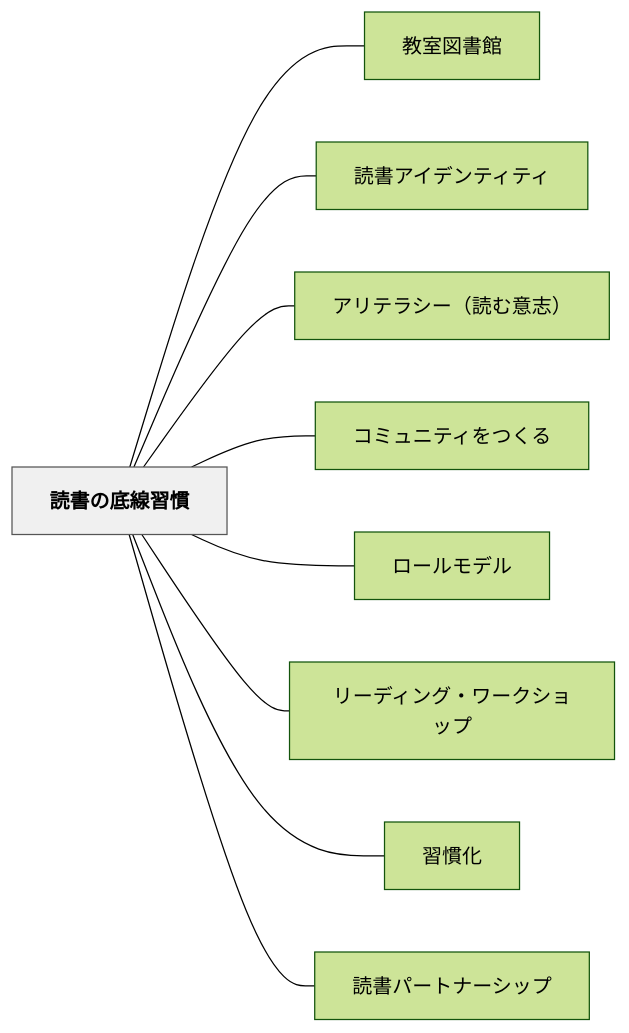
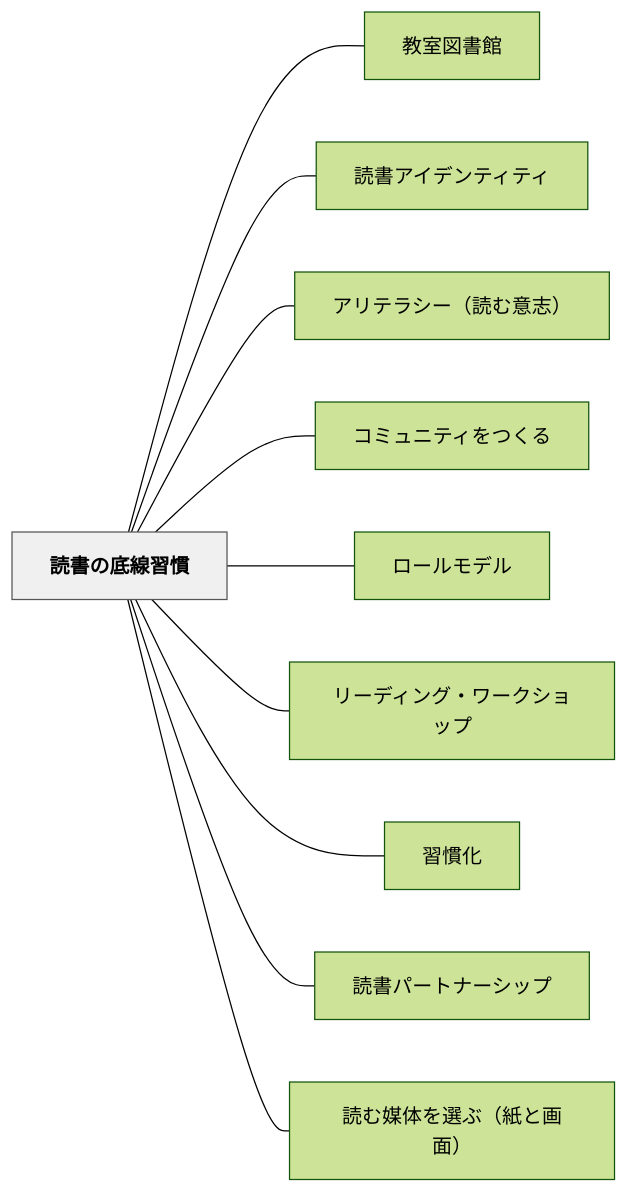
The diagram in content/パタン/読書の底線習慣.md (unknownthings-ed-patterns/unknownthings-ed-patterns), drawn with Mermaid (forest theme) before and after one commit. The commit also changed other lines of this file and 11 other files, not shown here.

````diff
--- a/content/パタン/読書の底線習慣.md
+++ b/content/パタン/読書の底線習慣.md
@@ -126,24 +137,26 @@
 ```mermaid
 flowchart LR
     ne8aaade69bb8e381aee5ba95e7b79ae7bf92e685a3["読書の底線習慣"]
     ne69599e5aea4e59bb3e69bb8e9a4a8["教室図書館"]
     ne8aaade69bb8e382a2e382a4e38387e383b3e38386e382a3e38386e382a3["読書アイデンティティ"]
     ne382a2e383aae38386e383a9e382b7e383bcefbc88e8aaade38280e6848fe5bf97efbc89["アリテラシー（読む意志）"]
     ne382b3e3839fe383a5e3838be38386e382a3e38292e381a4e3818fe3828b["コミュニティをつくる"]
     ne383ade383bce383abe383a2e38387e383ab["ロールモデル"]
     ne383aae383bce38387e382a3e383b3e382b0e383bbe383afe383bce382afe382b7e383a7e38383e38397["リーディング・ワークショップ"]
     ne7bf92e685a3e58c96["習慣化"]
     ne8aaade69bb8e38391e383bce38388e3838ae383bce382b7e38383e38397["読書パートナーシップ"]
+    ne8aaade38280e5aa92e4bd93e38292e981b8e381b6efbc88e7b499e381a8e794bbe99da2efbc89["読む媒体を選ぶ（紙と画面）"]
 
     ne8aaade69bb8e381aee5ba95e7b79ae7bf92e685a3 --- ne69599e5aea4e59bb3e69bb8e9a4a8
     ne8aaade69bb8e381aee5ba95e7b79ae7bf92e685a3 --- ne8aaade69bb8e382a2e382a4e38387e383b3e38386e382a3e38386e382a3
     ne8aaade69bb8e381aee5ba95e7b79ae7bf92e685a3 --- ne382a2e383aae38386e383a9e382b7e383bcefbc88e8aaade38280e6848fe5bf97efbc89
     ne8aaade69bb8e381aee5ba95e7b79ae7bf92e685a3 --- ne382b3e3839fe383a5e3838be38386e382a3e38292e381a4e3818fe3828b
     ne8aaade69bb8e381aee5ba95e7b79ae7bf92e685a3 --- ne383ade383bce383abe383a2e38387e383ab
     ne8aaade69bb8e381aee5ba95e7b79ae7bf92e685a3 --- ne383aae383bce38387e382a3e383b3e382b0e383bbe383afe383bce382afe382b7e383a7e38383e38397
     ne8aaade69bb8e381aee5ba95e7b79ae7bf92e685a3 --- ne7bf92e685a3e58c96
     ne8aaade69bb8e381aee5ba95e7b79ae7bf92e685a3 --- ne8aaade69bb8e38391e383bce38388e3838ae383bce382b7e38383e38397
+    ne8aaade69bb8e381aee5ba95e7b79ae7bf92e685a3 --- ne8aaade38280e5aa92e4bd93e38292e981b8e381b6efbc88e7b499e381a8e794bbe99da2efbc89
 
     classDef hub fill:#f0f0f0,stroke:#555,color:#000,font-weight:bold
     class ne8aaade69bb8e381aee5ba95e7b79ae7bf92e685a3 hub
 ```
````
